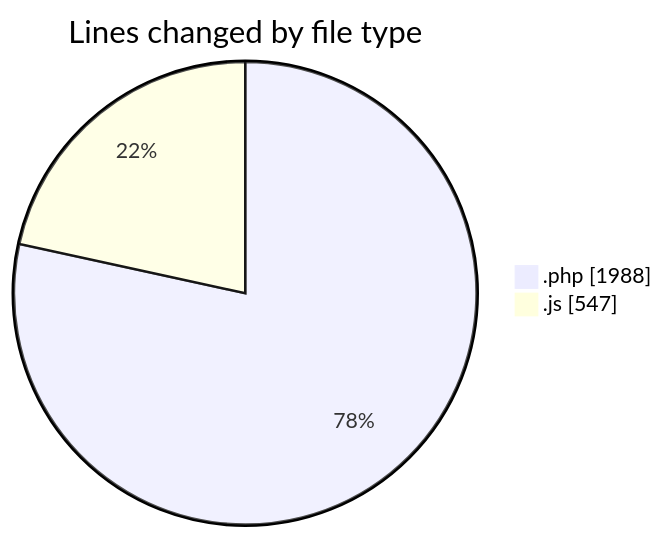
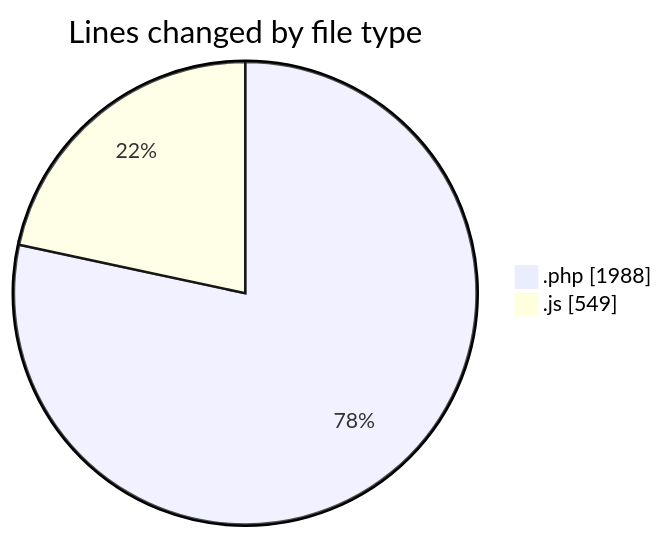
One commit to debugP/code-tracking changed the first of 2 diagrams in 2025-09-29/untitled__workspace_/README.md. Above: the diagram before and after it, drawn with Mermaid. The commit also changed other lines of this file and 1 other file, not shown here.

````diff
--- a/2025-09-29/untitled__workspace_/README.md
+++ b/2025-09-29/untitled__workspace_/README.md
@@ -22,6 +22,6 @@
 ```mermaid
 pie showData
 title Lines changed by file type
 ".php" : 1988
-".js" : 547
+".js" : 549
 ```
````
